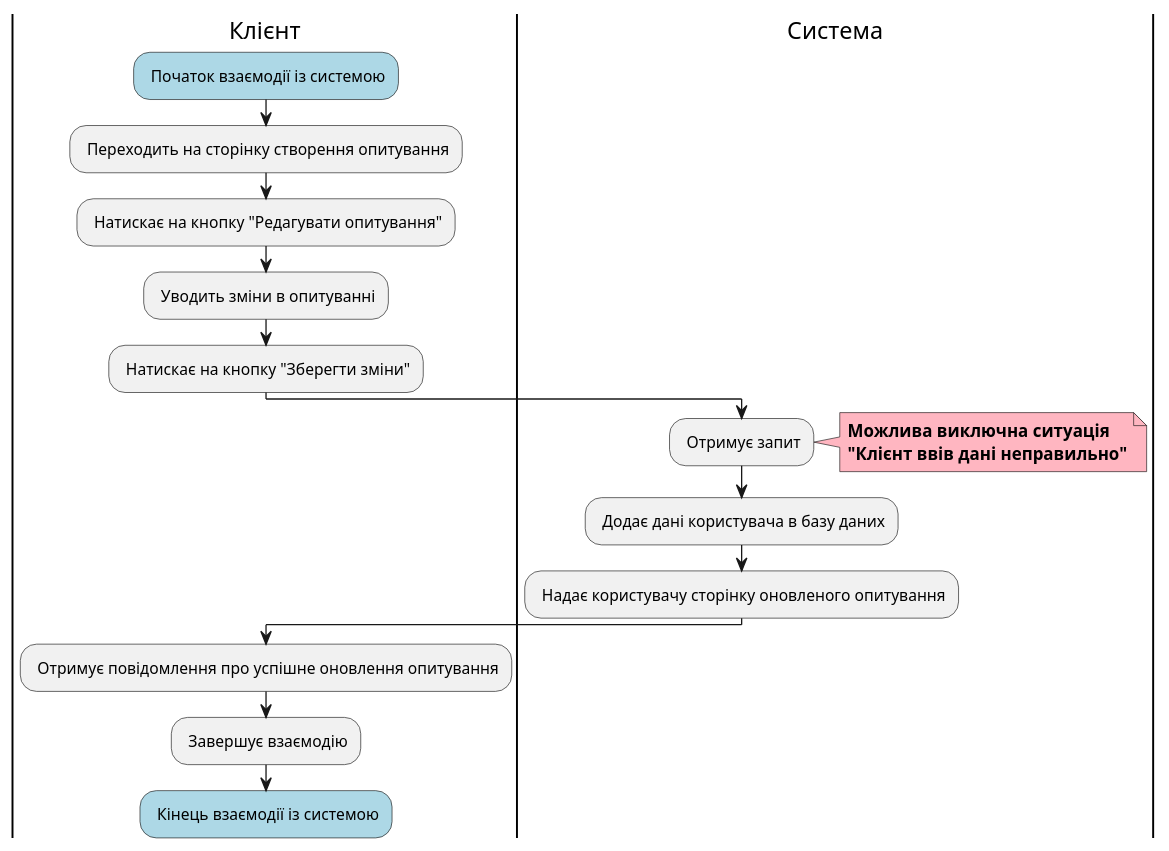
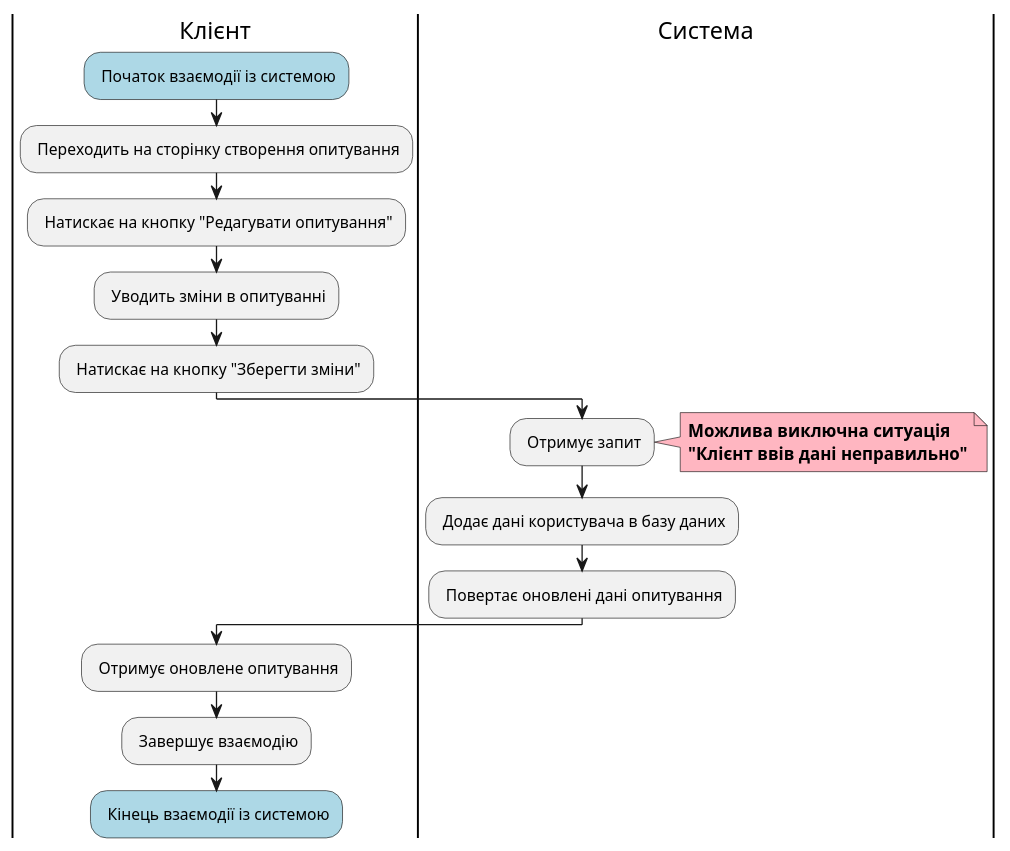
Before and after one commit to kujo205/db_labs: the eighth of 12 diagrams in docs/use cases/README.md, drawn with PlantUML. The commit also changed other lines of this file, not shown here.

```diff
--- a/docs/use cases/README.md
+++ b/docs/use cases/README.md
@@ -316,27 +314,27 @@
 @startuml
 
   |Клієнт|
   #lightblue : Початок взаємодії із системою;
   : Переходить на сторінку створення опитування; 
   : Натискає на кнопку "Редагувати опитування";
   : Уводить зміни в опитуванні;
   : Натискає на кнопку "Зберегти зміни";
 
 
   |Система|
   : Отримує запит;
 
   note right #lightpink
     <b>Можлива виключна ситуація</b>
     <b>"Клієнт ввів дані неправильно"</b>
   end note
 
   : Додає дані користувача в базу даних;
-  : Надає користувачу сторінку оновленого опитування;
+  : Повертає оновлені дані опитування;
 
   |Клієнт|
-  : Отримує повідомлення про успішне оновлення опитування;
+  : Отримує оновлене опитування;
   : Завершує взаємодію;
   #lightblue : Кінець взаємодії із системою;
 
 @enduml
```
